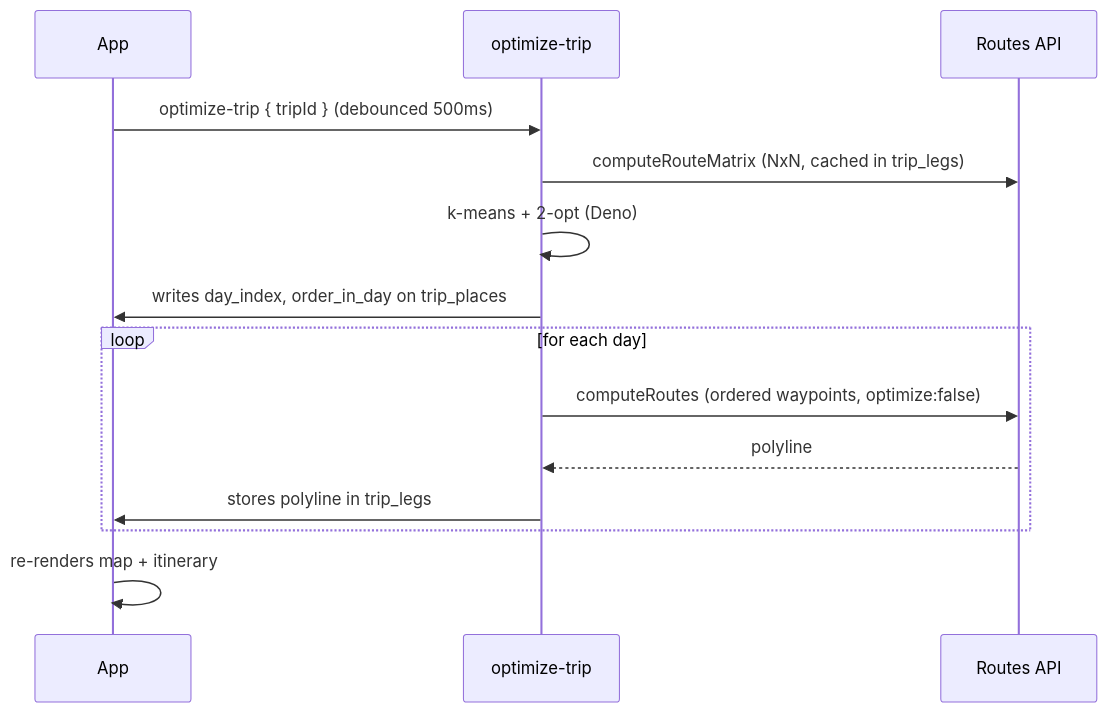
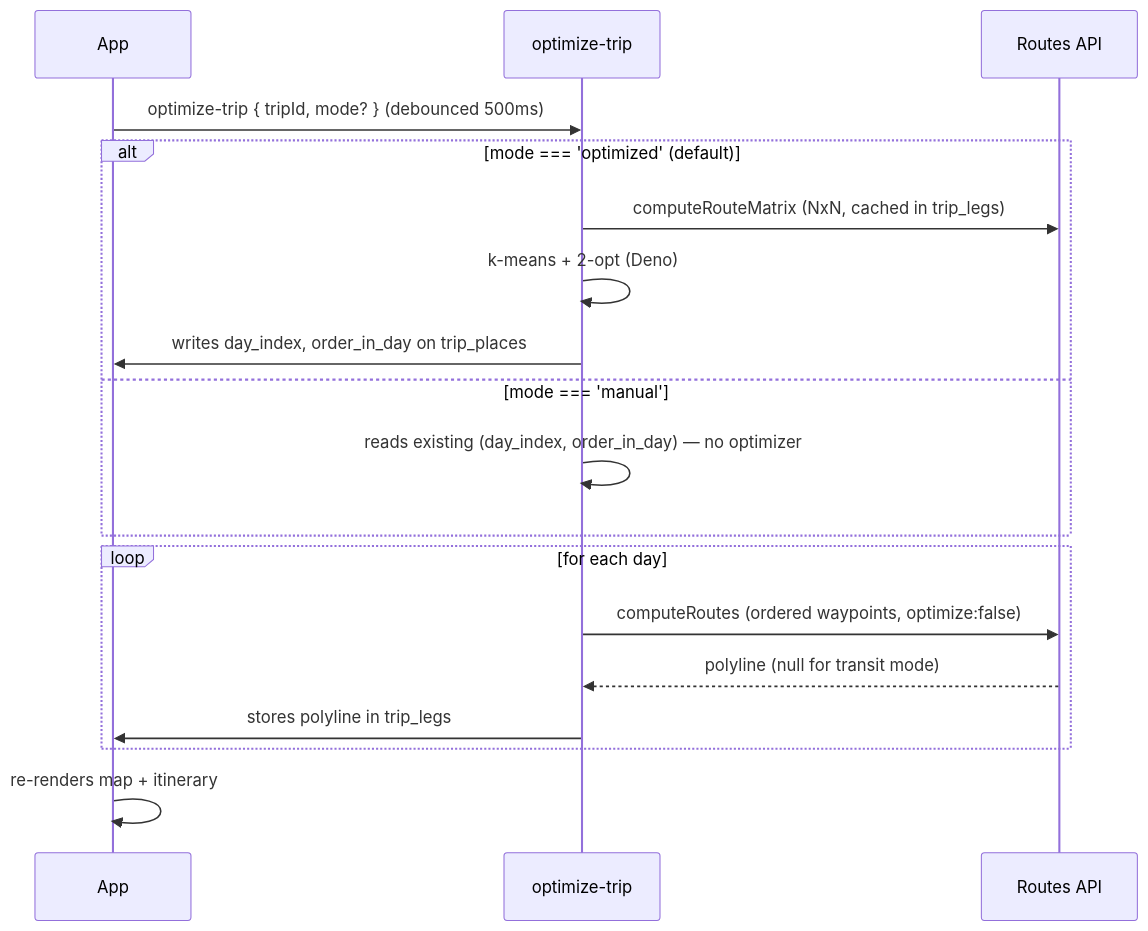
Before and after one commit to HuseyinEmreAksoy/tripvisor: the second of 2 diagrams in docs/architecture.md, drawn with Mermaid. The commit also changed other lines of this file and 6 other files, not shown here.

First line of the commit message:
docs: Phase 23 — sync plan + architecture + per-feature + smoke note

````diff
--- a/docs/architecture.md
+++ b/docs/architecture.md
@@ -276,16 +310,20 @@
 ```mermaid
 sequenceDiagram
   participant App
   participant EF as optimize-trip
   participant R as Routes API
-  App->>EF: optimize-trip { tripId } (debounced 500ms)
-  EF->>R: computeRouteMatrix (NxN, cached in trip_legs)
-  EF->>EF: k-means + 2-opt (Deno)
-  EF->>App: writes day_index, order_in_day on trip_places
+  App->>EF: optimize-trip { tripId, mode? } (debounced 500ms)
+  alt mode === 'optimized' (default)
+    EF->>R: computeRouteMatrix (NxN, cached in trip_legs)
+    EF->>EF: k-means + 2-opt (Deno)
+    EF->>App: writes day_index, order_in_day on trip_places
+  else mode === 'manual'
+    EF->>EF: reads existing (day_index, order_in_day) — no optimizer
+  end
   loop for each day
     EF->>R: computeRoutes (ordered waypoints, optimize:false)
-    R-->>EF: polyline
+    R-->>EF: polyline (null for transit mode)
     EF->>App: stores polyline in trip_legs
   end
   App->>App: re-renders map + itinerary
 ```
````
